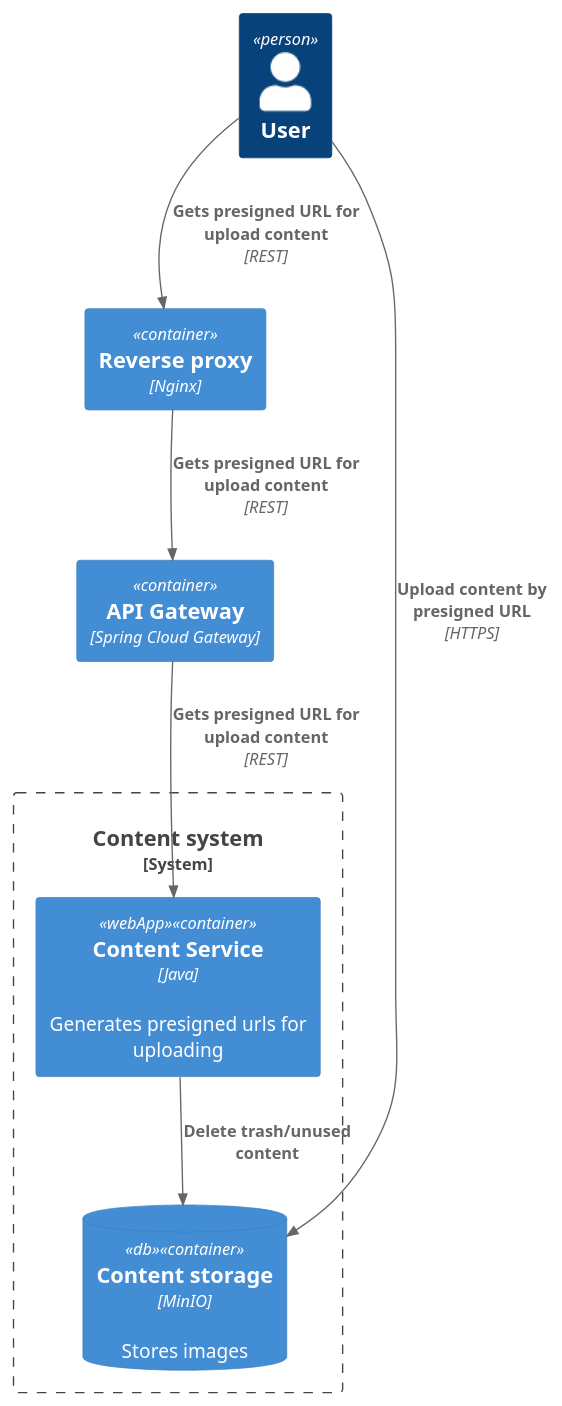
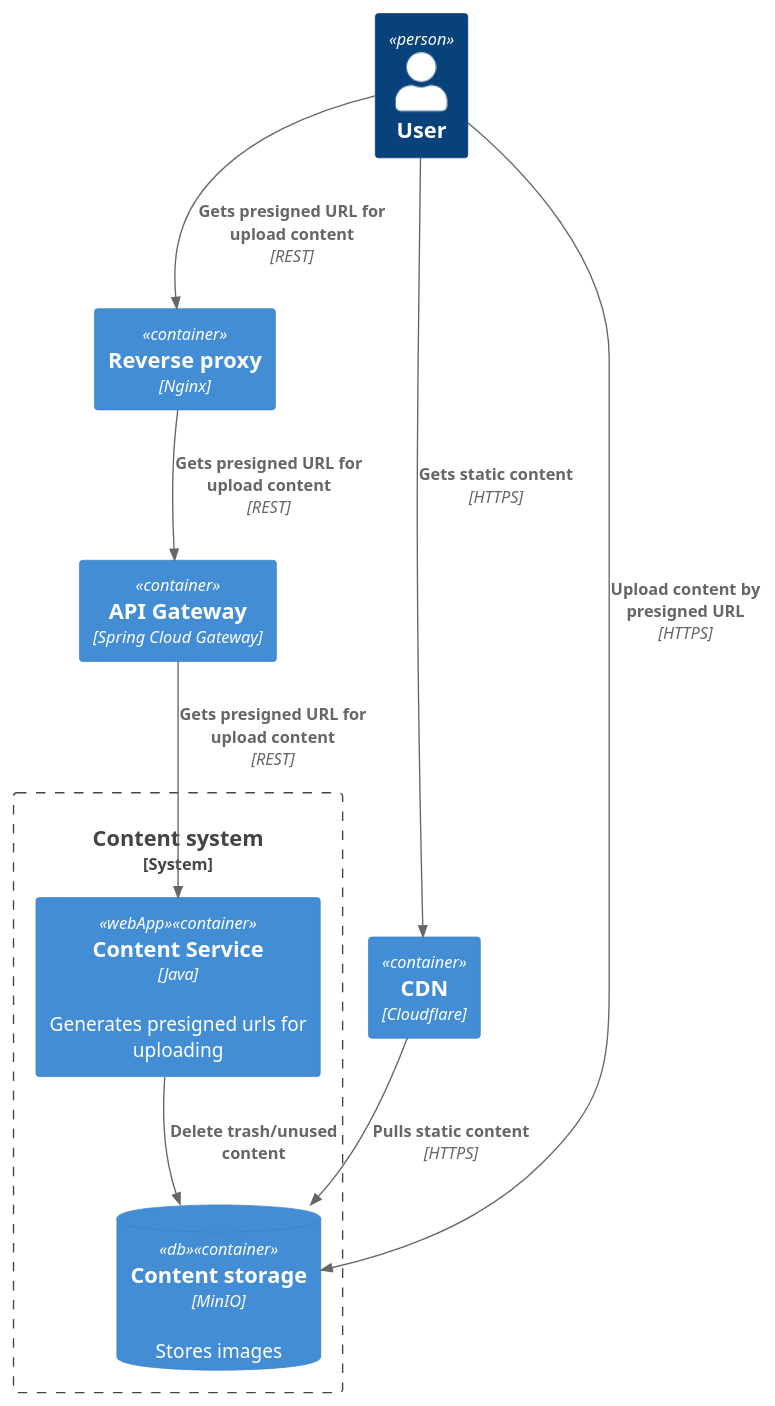
Before and after one commit to dmitry-bughunter/social_network_system_design: the diagram in architecture/content_system/container.puml, drawn with PlantUML. The commit also changed 16 other files, not shown here.

```diff
--- a/architecture/content_system/container.puml
+++ b/architecture/content_system/container.puml
@@ -1,19 +1,22 @@
 @startuml
 !include https://raw.githubusercontent.com/plantuml-stdlib/C4-PlantUML/master/C4_Container.puml
 
 Person(user, "User")
 
 Container(reverseProxy, "Reverse proxy", "Nginx")
 Container(apiGateway, "API Gateway", "Spring Cloud Gateway")
+Container(cdn, "CDN", "Cloudflare")
 
 System_Boundary(contentSystem, "Content system") {
 Container(contentService, "Content Service", "Java", "Generates presigned urls for uploading", $tags="webApp")
 ContainerDb(contentStorage, "Content storage", "MinIO", "Stores images",  $tags="db")
 }
 
 Rel(user, reverseProxy, "Gets presigned URL for upload content", "REST")
 Rel(reverseProxy, apiGateway, "Gets presigned URL for upload content", "REST")
 Rel(apiGateway, contentService, "Gets presigned URL for upload content", "REST")
 Rel(contentService, contentStorage, "Delete trash/unused content")
 Rel(user, contentStorage, "Upload content by presigned URL", "HTTPS")
+Rel(user, cdn, "Gets static content", "HTTPS")
+Rel(cdn, contentStorage, "Pulls static content", "HTTPS")
 @enduml
```
